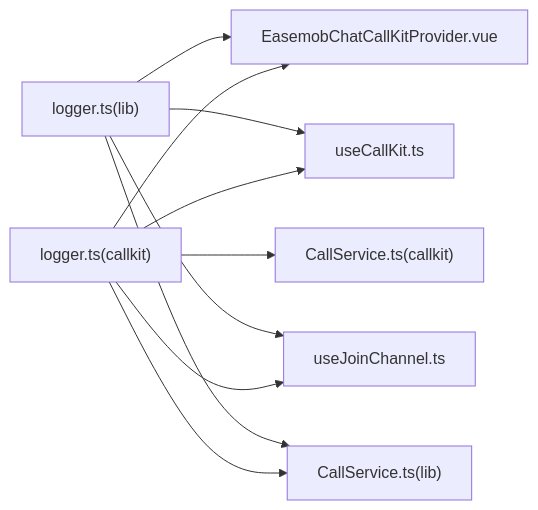
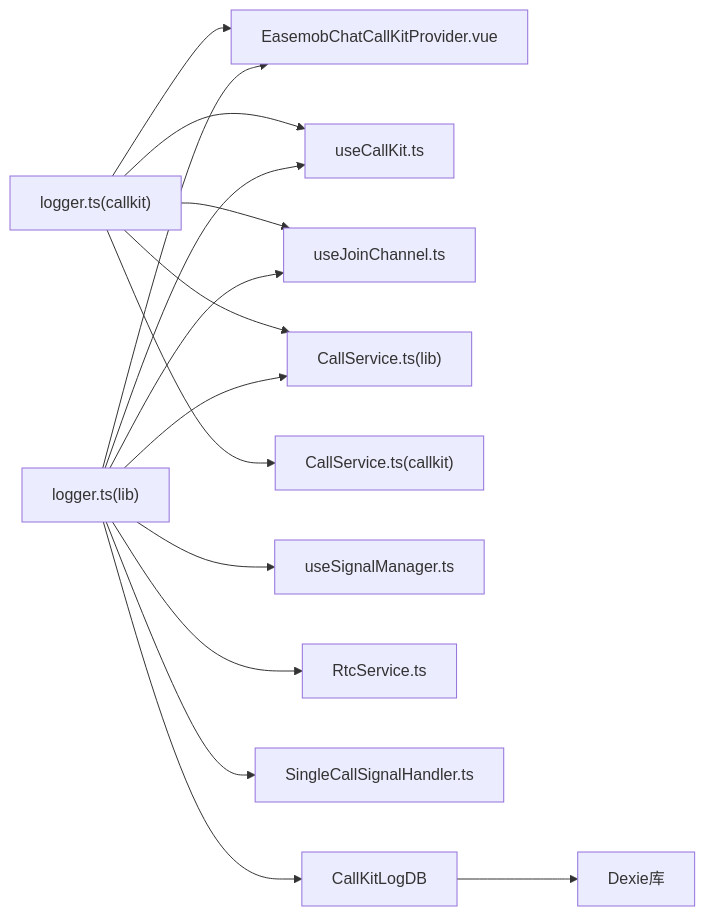
One commit to Easemob-Community/easemob-uikit-callkit-vue3 changed the sixth of 6 diagrams in .qoder/repowiki/zh/content/工具函数/日志管理器.md. Above: the diagram before and after it, drawn with Mermaid. The commit also changed other lines of this file and 58 other files, not shown here.

````diff
--- a/.qoder/repowiki/zh/content/工具函数/日志管理器.md
+++ b/.qoder/repowiki/zh/content/工具函数/日志管理器.md
@@ -246,12 +351,17 @@
 ```mermaid
 graph LR
 Logger_callkit["logger.ts(callkit)"] --> Provider["EasemobChatCallKitProvider.vue"]
 Logger_callkit --> Composable["useCallKit.ts"]
 Logger_callkit --> JoinChannel["useJoinChannel.ts"]
 Logger_callkit --> LibService["CallService.ts(lib)"]
 Logger_callkit --> CallService["CallService.ts(callkit)"]
 Logger_lib["logger.ts(lib)"] --> Provider
 Logger_lib --> Composable
 Logger_lib --> JoinChannel
 Logger_lib --> LibService
+Logger_lib --> Signal["useSignalManager.ts"]
+Logger_lib --> Rtc["RtcService.ts"]
+Logger_lib --> Handler["SingleCallSignalHandler.ts"]
+Logger_lib --> DB["CallKitLogDB"]
+DB --> Dexie["Dexie库"]
 ```
````
